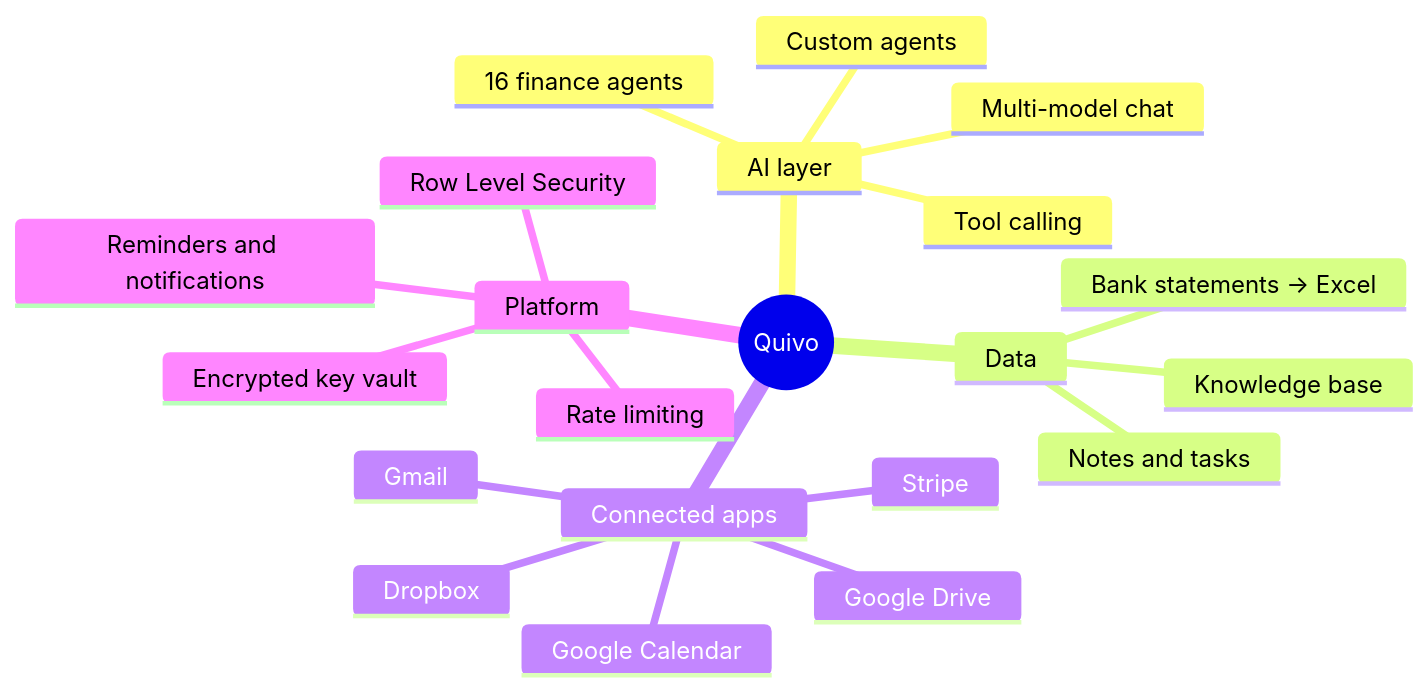
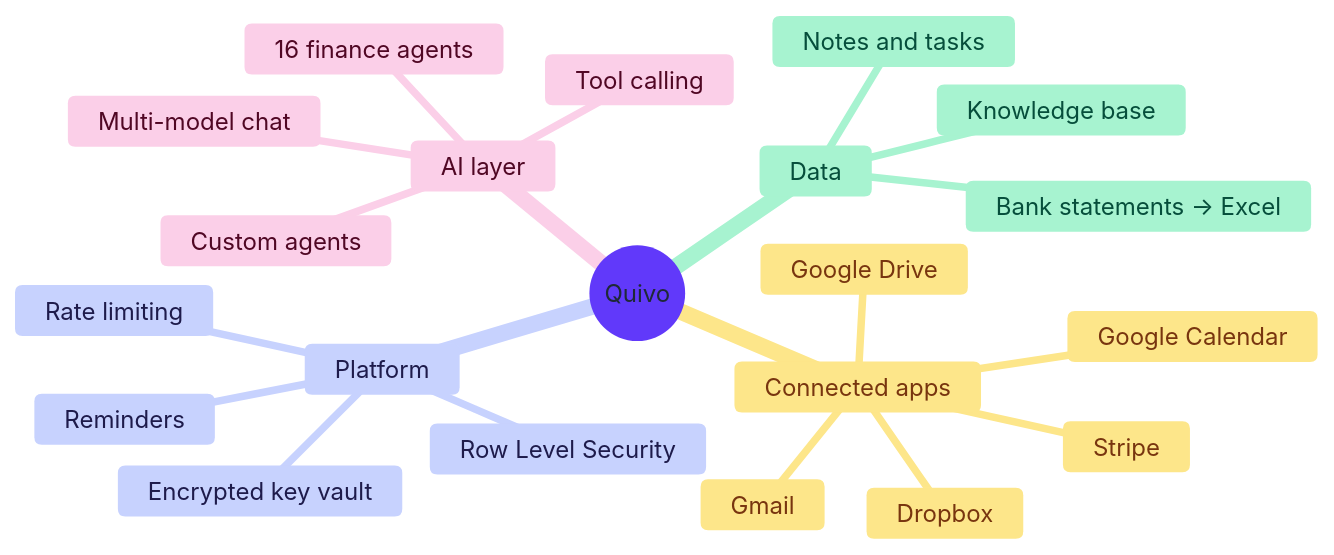
Before and after one commit to sowaxer/quivo-app: the second of 5 diagrams in README.md, drawn with Mermaid. The commit also changed other lines of this file, not shown here.

Commit message:
README: plain-English intro, pastel diagrams, code highlights section

````diff
--- a/README.md
+++ b/README.md
@@ -56,24 +79,25 @@
 ```mermaid
+%%{init: {'theme': 'base', 'themeVariables': {'primaryColor': '#C4B5FD', 'primaryTextColor': '#1F2937', 'primaryBorderColor': '#A78BFA', 'cScale0': '#DDD6FE', 'cScaleLabel0': '#2E1065', 'cScale1': '#FBCFE8', 'cScaleLabel1': '#500724', 'cScale2': '#A7F3D0', 'cScaleLabel2': '#064E3B', 'cScale3': '#FDE68A', 'cScaleLabel3': '#78350F', 'cScale4': '#C7D2FE', 'cScaleLabel4': '#1E1B4B', 'cScale5': '#BAE6FD', 'cScaleLabel5': '#0C4A6E', 'cScale6': '#FED7AA', 'cScaleLabel6': '#7C2D12', 'cScale7': '#E9D5FF', 'cScaleLabel7': '#3B0764', 'cScale8': '#BBF7D0', 'cScaleLabel8': '#14532D', 'cScale9': '#FECDD3', 'cScaleLabel9': '#4C0519', 'cScale10': '#BFDBFE', 'cScaleLabel10': '#1E3A8A', 'cScale11': '#FEF08A', 'cScaleLabel11': '#713F12'}}}%%
 mindmap
   root((Quivo))
     AI layer
       Multi-model chat
       16 finance agents
       Custom agents
       Tool calling
     Data
       Knowledge base
       Bank statements → Excel
       Notes and tasks
     Connected apps
       Gmail
       Google Calendar
       Google Drive
       Dropbox
       Stripe
     Platform
       Encrypted key vault
       Row Level Security
       Rate limiting
-      Reminders and notifications
+      Reminders
 ```
````
